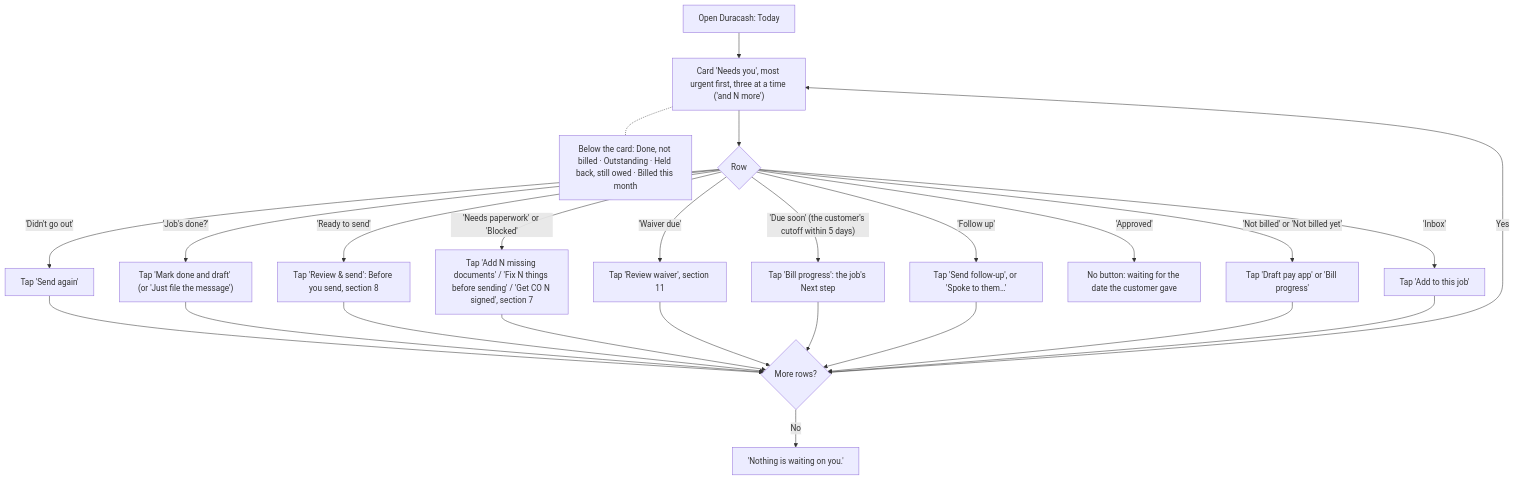
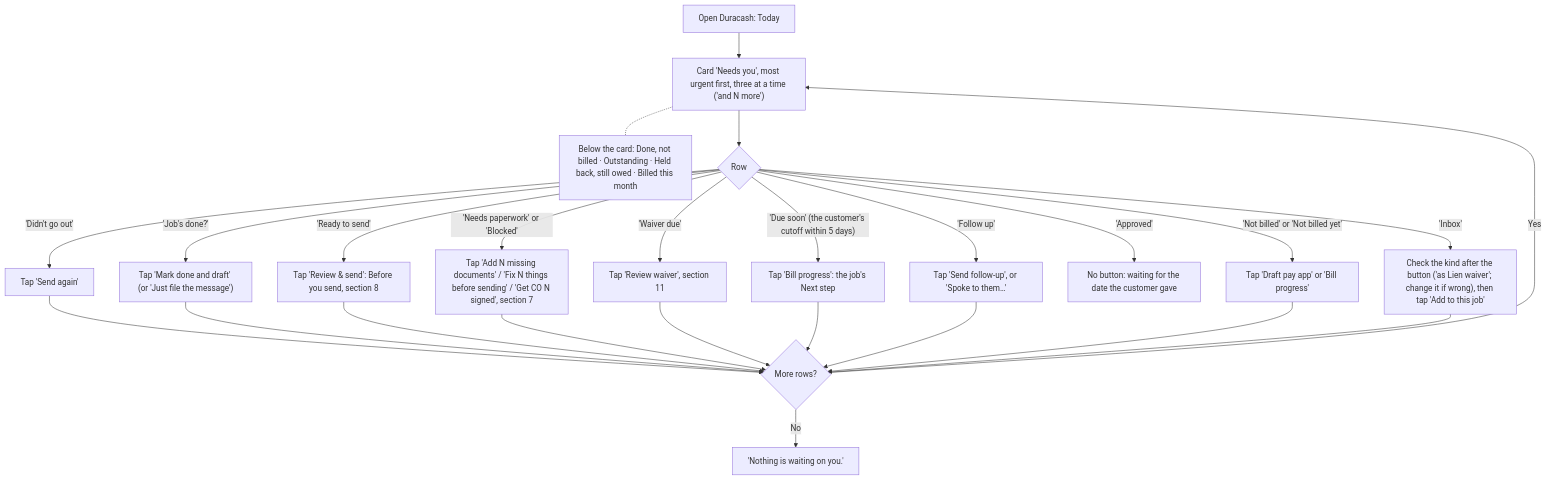
Diagram 14 of 15 in docs/client-flows.md (cartwrightstephen/billdable), drawn with Mermaid before and after one commit. The commit also changed other lines of this file and 6 other files, not shown here.

First line of the commit message:
Today's Inbox row shows the kind it files as, and lets you change it

````diff
--- a/docs/client-flows.md
+++ b/docs/client-flows.md
@@ -487,27 +487,27 @@
 ```mermaid
 flowchart TD
     A["Open Duracash: Today"] --> C["Card 'Needs you', most urgent first, three at a time ('and N more')"]
     C -.- B["Below the card: Done, not billed · Outstanding · Held back, still owed · Billed this month"]
     C --> D{"Row"}
     D -->|"'Didn't go out'"| D1["Tap 'Send again'"]
     D -->|"'Job's done?'"| E["Tap 'Mark done and draft' (or 'Just file the message')"]
     D -->|"'Ready to send'"| F["Tap 'Review & send': Before you send, section 8"]
     D -->|"'Waiver due'"| H["Tap 'Review waiver', section 11"]
     D -->|"'Due soon' (the customer's cutoff within 5 days)"| I["Tap 'Bill progress': the job's Next step"]
     D -->|"'Needs paperwork' or 'Blocked'"| G["Tap 'Add N missing documents' / 'Fix N things before sending' / 'Get CO N signed', section 7"]
     D -->|"'Follow up'"| J["Tap 'Send follow-up', or 'Spoke to them…'"]
     D -->|"'Approved'"| J2["No button: waiting for the date the customer gave"]
     D -->|"'Not billed' or 'Not billed yet'"| K["Tap 'Draft pay app' or 'Bill progress'"]
-    D -->|"'Inbox'"| L["Tap 'Add to this job'"]
+    D -->|"'Inbox'"| L["Check the kind after the button ('as Lien waiver'; change it if wrong), then tap 'Add to this job'"]
     D1 --> M{"More rows?"}
     E --> M
     F --> M
     G --> M
     H --> M
     I --> M
     J --> M
     K --> M
     L --> M
     M -->|"Yes"| C
     M -->|"No"| N["'Nothing is waiting on you.'"]
 ```
````
